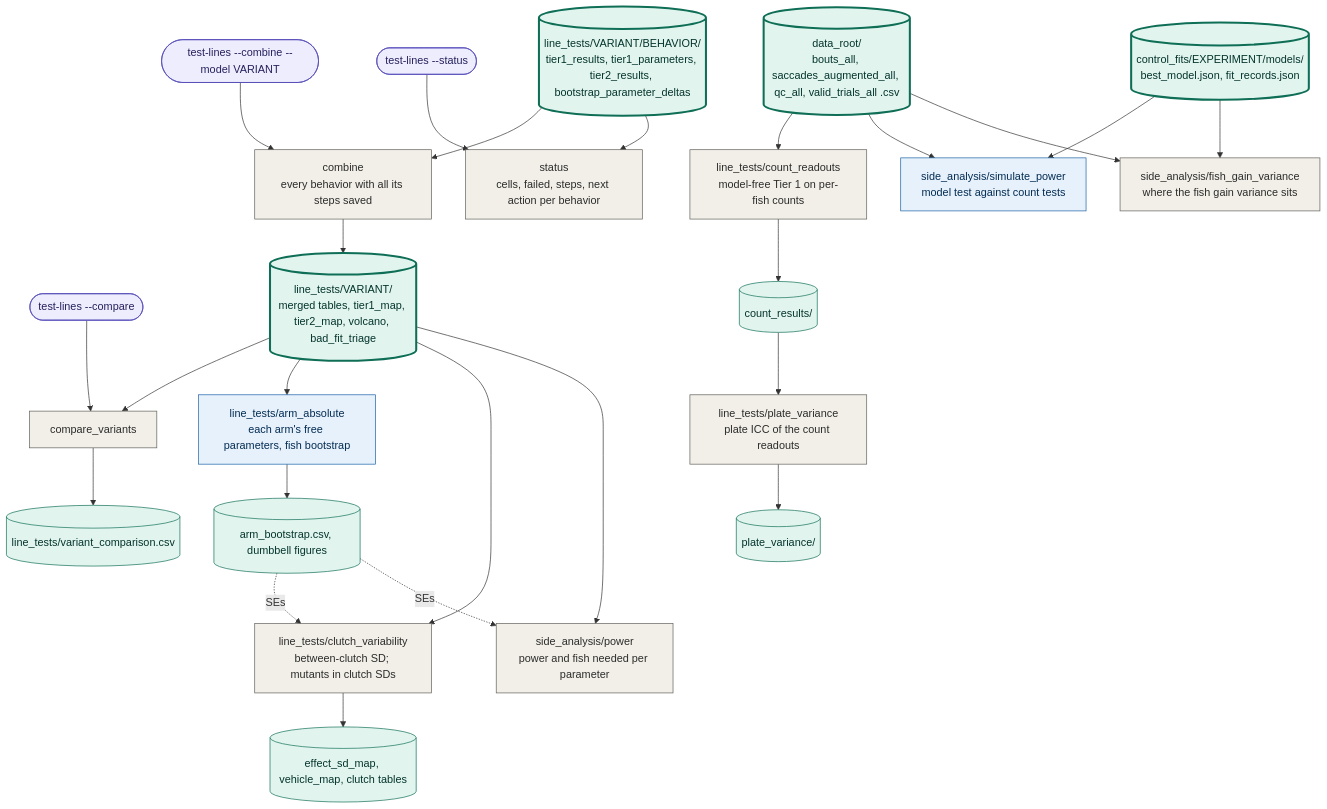
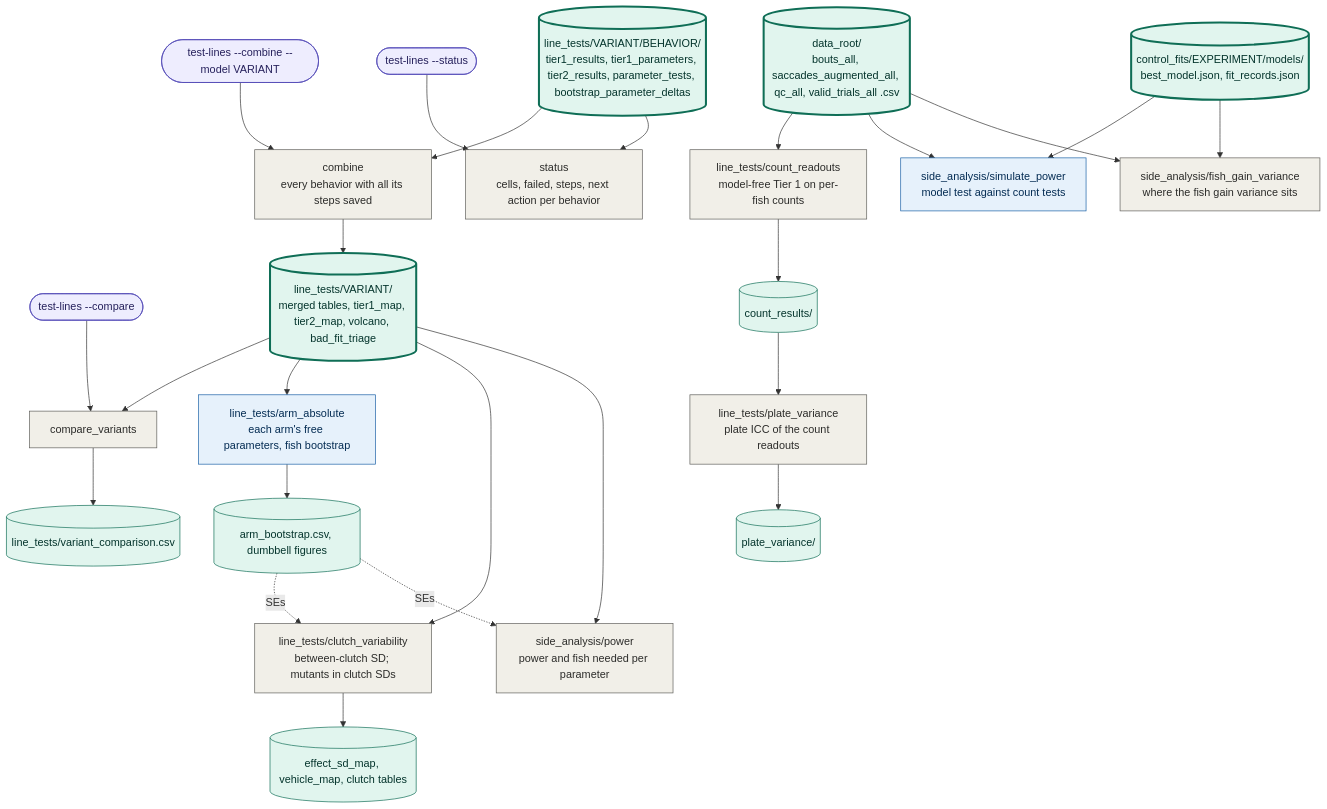
One commit to ElTinmar/BehaviorScreen changed the sixth of 7 diagrams in docs/pipeline.md. Above: the diagram before and after it, drawn with Mermaid. The commit also changed other lines of this file and 9 other files, not shown here.

````diff
--- a/docs/pipeline.md
+++ b/docs/pipeline.md
@@ -309,56 +312,56 @@
 ```mermaid
 %% stage: Merged results and follow-ups
 %% shared: merged control_fits behavior_tables line_results
 flowchart TD
   combine_cmd(["test-lines --combine --model VARIANT"]):::cmd
   status_cmd(["test-lines --status"]):::cmd
   compare_cmd(["test-lines --compare"]):::cmd
-  behavior_tables[("line_tests/VARIANT/BEHAVIOR/<br>tier1_results, tier1_parameters, tier2_results, bootstrap_parameter_deltas")]:::shared
+  behavior_tables[("line_tests/VARIANT/BEHAVIOR/<br>tier1_results, tier1_parameters, tier2_results, parameter_tests, bootstrap_parameter_deltas")]:::shared
   merged[("data_root/<br>bouts_all, saccades_augmented_all, qc_all, valid_trials_all .csv")]:::shared
   control_fits[("control_fits/EXPERIMENT/models/<br>best_model.json, fit_records.json")]:::shared
   combine["combine<br>every behavior with all its steps saved"]:::step
   line_results[("line_tests/VARIANT/<br>merged tables, tier1_map, tier2_map, volcano, bad_fit_triage")]:::shared
   status["status<br>cells, failed, steps, next action per behavior"]:::step
   compare["compare_variants"]:::step
   compare_out[("line_tests/variant_comparison.csv")]:::data
   arm_absolute["line_tests/arm_absolute<br>each arm's free parameters, fish bootstrap"]:::par
   arm_out[("arm_bootstrap.csv, dumbbell figures")]:::data
   clutch["line_tests/clutch_variability<br>between-clutch SD; mutants in clutch SDs"]:::step
   clutch_out[("effect_sd_map, vehicle_map, clutch tables")]:::data
   power["side_analysis/power<br>power and fish needed per parameter"]:::step
   counts["line_tests/count_readouts<br>model-free Tier 1 on per-fish counts"]:::step
   counts_out[("count_results/")]:::data
   plate_var["line_tests/plate_variance<br>plate ICC of the count readouts"]:::step
   plate_out[("plate_variance/")]:::data
   sim_power["side_analysis/simulate_power<br>model test against count tests"]:::par
   gain_var["side_analysis/fish_gain_variance<br>where the fish gain variance sits"]:::step
   combine_cmd --> combine
   behavior_tables --> combine
   combine --> line_results
   status_cmd --> status
   behavior_tables --> status
   compare_cmd --> compare
   line_results --> compare
   compare --> compare_out
   line_results --> arm_absolute
   arm_absolute --> arm_out
   line_results --> clutch
   arm_out -.->|SEs| clutch
   clutch --> clutch_out
   line_results --> power
   arm_out -.->|SEs| power
   merged --> counts
   counts --> counts_out
   counts_out --> plate_var
   plate_var --> plate_out
   control_fits --> sim_power
   merged --> sim_power
   control_fits --> gain_var
   merged --> gain_var
   classDef cmd fill:#EEEDFE,stroke:#534AB7,color:#26215C
   classDef step fill:#F1EFE8,stroke:#5F5E5A,color:#2C2C2A
   classDef par fill:#E6F1FB,stroke:#185FA5,color:#042C53
   classDef data fill:#E1F5EE,stroke:#0F6E56,color:#04342C
   classDef shared fill:#E1F5EE,stroke:#0F6E56,color:#04342C,stroke-width:3px
   classDef config fill:#FAEEDA,stroke:#854F0B,color:#412402
 ```
````
